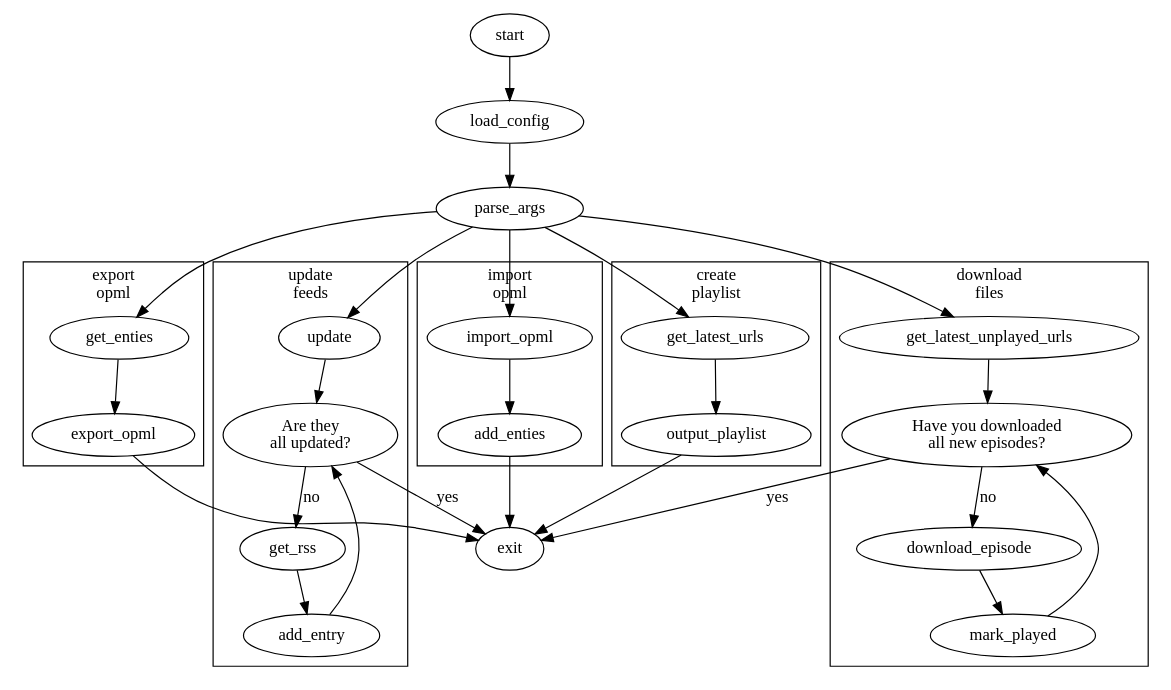
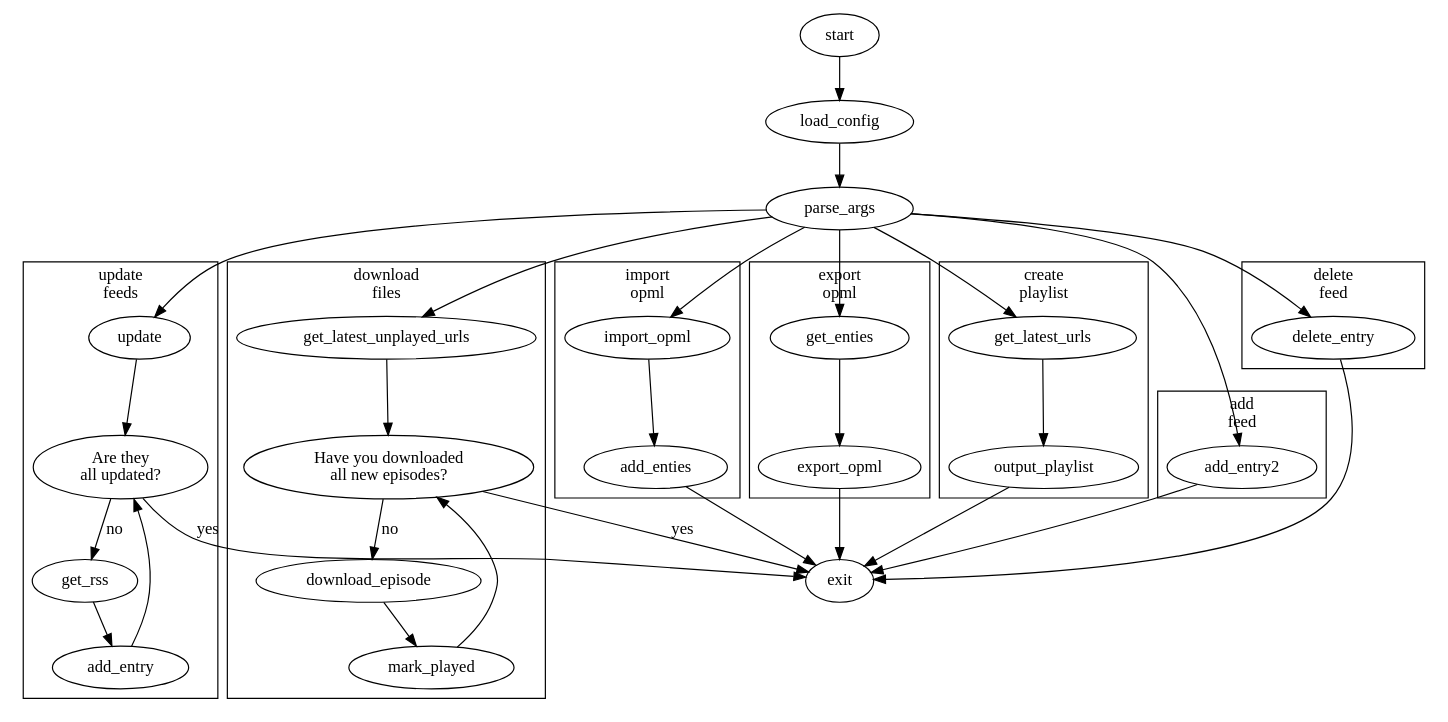
Before and after one commit to andrewc12/laughing-barnacle: the diagram in flow.dot, drawn with Graphviz. The commit also changed 2 other files, not shown here.

Commit message:
Update flowchart

```diff
--- a/flow.dot
+++ b/flow.dot
@@ -1,66 +1,74 @@
 digraph {
 start -> load_config;
 load_config -> parse_args;
 
 
 parse_args -> update;
 parse_args -> get_latest_unplayed_urls;
 parse_args -> get_latest_urls;
 parse_args -> import_opml;
 parse_args -> get_enties;
+
+parse_args -> add_entry2;
+parse_args -> delete_entry;
 
 subgraph cluster_0 {
 
     update -> allupdated;
 
     allupdated -> get_rss[label="no"];
     get_rss -> add_entry;
     add_entry -> allupdated;
 
     allupdated[label="Are they\nall updated?"]
     label = "update\nfeeds";
 }    
     
     
 subgraph cluster_1 {    
     get_latest_unplayed_urls -> loop;
     loop -> download_episode[label="no"];
     download_episode -> mark_played;
     mark_played -> loop;
 
     loop[label="Have you downloaded\nall new episodes?"]
     label = "download\nfiles";
 }
 
 subgraph cluster_2 {    
 import_opml -> add_enties;
 label = "import\nopml";
 }
 
 subgraph cluster_3 {    
 get_enties -> export_opml;
 label = "export\nopml";
 }
 
 subgraph cluster_4 {    
 get_latest_urls -> output_playlist;
 label = "create\nplaylist";
 }
 
 subgraph cluster_5 {    
+add_entry2;
 label = "add\nfeed";
 }
 
 subgraph cluster_6 {    
+delete_entry;
 label = "delete\nfeed";
 }
 
 
 
 loop -> exit[label="yes"];
 output_playlist -> exit;
 allupdated -> exit[label="yes"];
 
 add_enties -> exit;
 export_opml -> exit;
+
+add_entry2 -> exit;
+delete_entry -> exit;
 }
```
